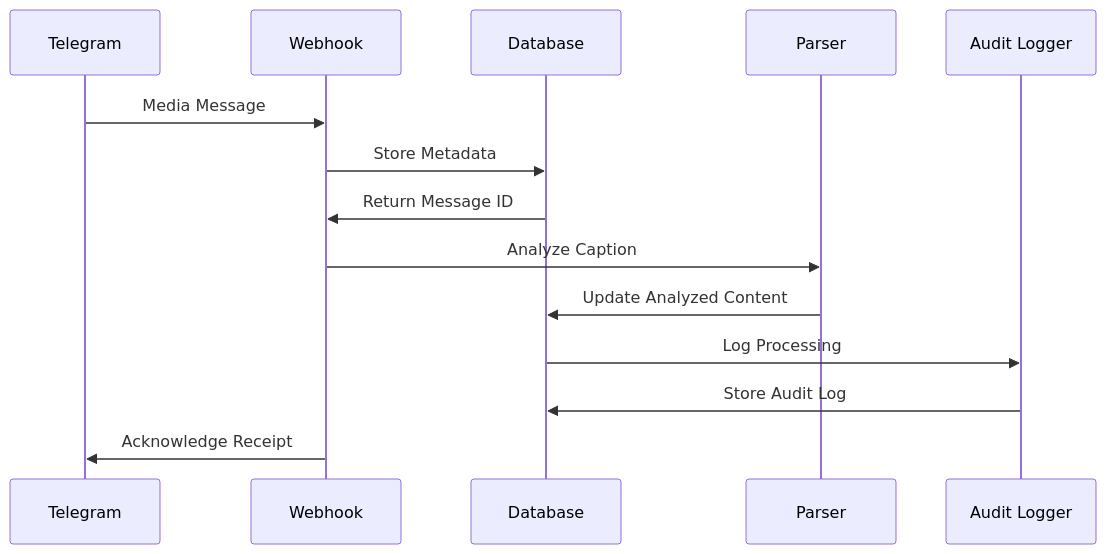
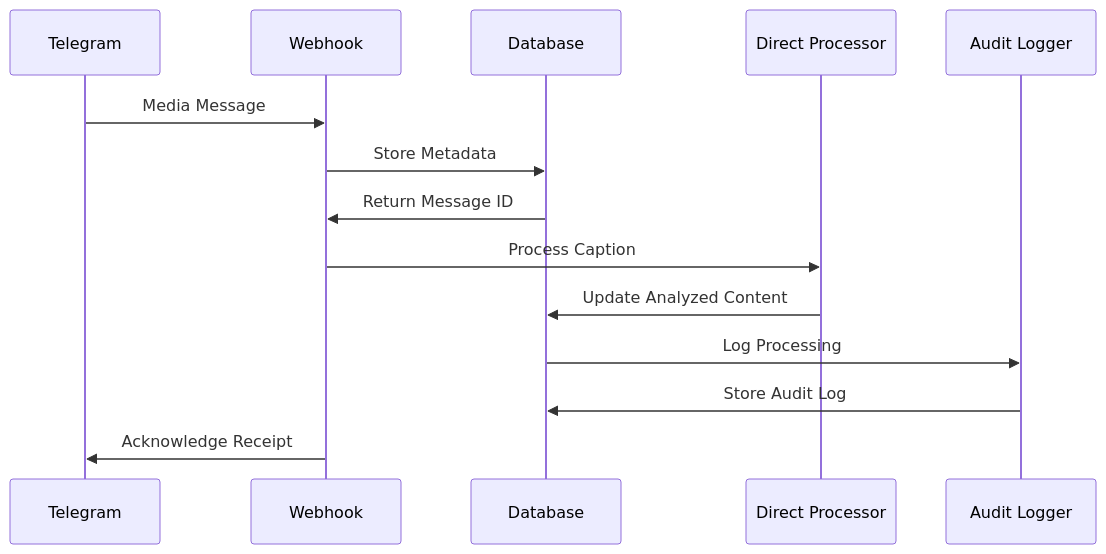
The first of 3 diagrams in docs/direct-caption-processing.md (cmtkdot/xdelo-app), drawn with Mermaid before and after one commit. The commit also changed other lines of this file and 9 other files, not shown here.

````diff
--- a/docs/direct-caption-processing.md
+++ b/docs/direct-caption-processing.md
@@ -4,17 +5,17 @@
 ```mermaid
 sequenceDiagram
     participant T as Telegram
     participant W as Webhook
     participant D as Database
-    participant P as Parser
+    participant P as Direct Processor
     participant A as Audit Logger
 
     T->>W: Media Message
     W->>D: Store Metadata
     D->>W: Return Message ID
-    W->>P: Analyze Caption
+    W->>P: Process Caption
     P->>D: Update Analyzed Content
     D->>A: Log Processing
     A->>D: Store Audit Log
     W->>T: Acknowledge Receipt
 ```
````
